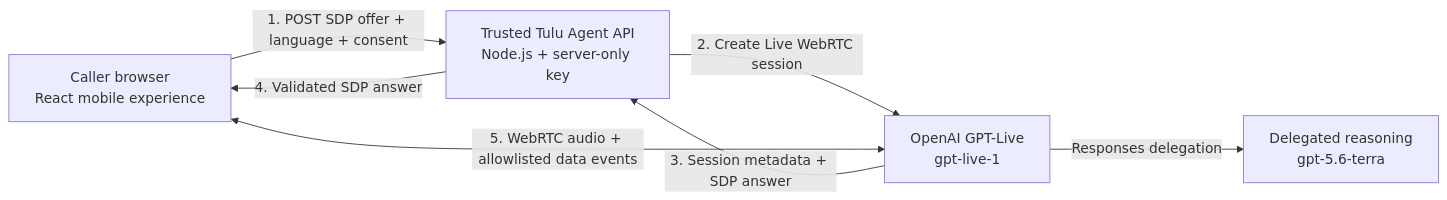
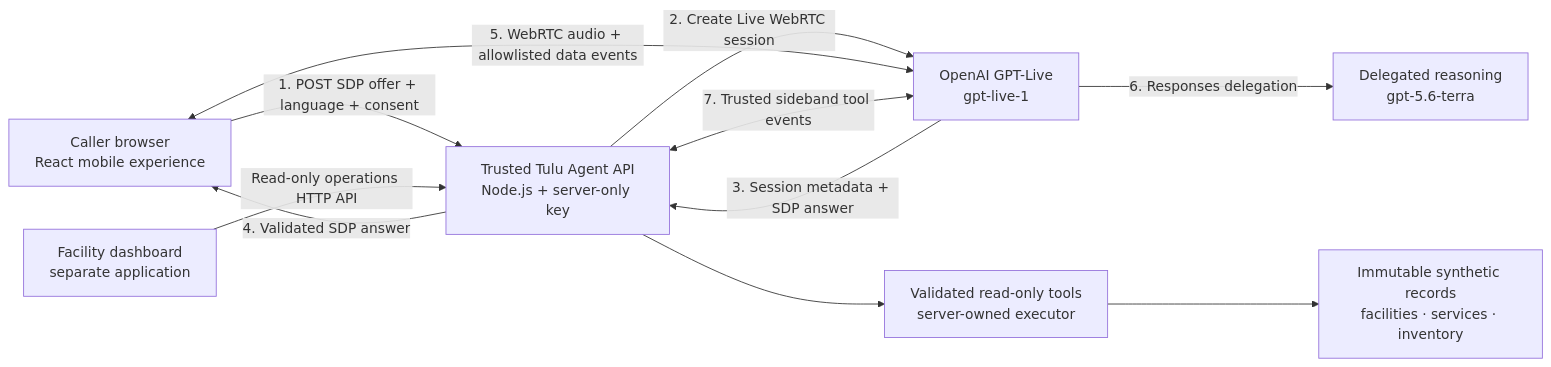
Before and after one commit to lisanyambere/TuluAI: the diagram in README.md, drawn with Mermaid. The commit also changed other lines of this file and 30 other files, not shown here.

Commit message:
feat: add trusted agent tools and operations API

````diff
--- a/README.md
+++ b/README.md
@@ -58,14 +60,21 @@
 ```mermaid
 flowchart LR
     Browser["Caller browser<br/>React mobile experience"]
     API["Trusted Tulu Agent API<br/>Node.js + server-only key"]
     Live["OpenAI GPT-Live<br/>gpt-live-1"]
     Responses["Delegated reasoning<br/>gpt-5.6-terra"]
+    Tools["Validated read-only tools<br/>server-owned executor"]
+    Data["Immutable synthetic records<br/>facilities · services · inventory"]
+    Dashboard["Facility dashboard<br/>separate application"]
 
     Browser -- "1. POST SDP offer + language + consent" --> API
     API -- "2. Create Live WebRTC session" --> Live
     Live -- "3. Session metadata + SDP answer" --> API
     API -- "4. Validated SDP answer" --> Browser
     Browser <--> |"5. WebRTC audio + allowlisted data events"| Live
-    Live --> |"Responses delegation"| Responses
+    Live --> |"6. Responses delegation"| Responses
+    API <--> |"7. Trusted sideband tool events"| Live
+    API --> Tools
+    Tools --> Data
+    Dashboard --> |"Read-only operations HTTP API"| API
 ```
````
